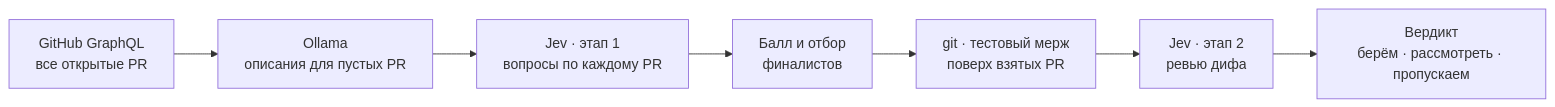
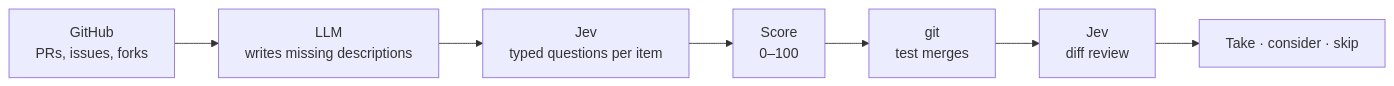
The diagram in README.md (gentslava/pr-scout), drawn with Mermaid before and after one commit. The commit also changed other lines of this file and 9 other files, not shown here.

````diff
--- a/README.md
+++ b/README.md
@@ -68,9 +68,9 @@
 ```mermaid
 flowchart LR
-  A[GitHub GraphQL<br/>все открытые PR] --> B[Ollama<br/>описания для пустых PR]
-  B --> C[Jev · этап 1<br/>вопросы по каждому PR]
-  C --> D[Балл и отбор<br/>финалистов]
-  D --> E[git · тестовый мерж<br/>поверх взятых PR]
-  E --> F[Jev · этап 2<br/>ревью дифа]
-  F --> G[Вердикт<br/>берём · рассмотреть · пропускаем]
+  A[GitHub<br/>PRs, issues, forks] --> B[LLM<br/>writes missing descriptions]
+  B --> C[Jev<br/>typed questions per item]
+  C --> D[Score<br/>0–100]
+  D --> E[git<br/>test merges]
+  E --> F[Jev<br/>diff review]
+  F --> G[Take · consider · skip]
 ```
````
